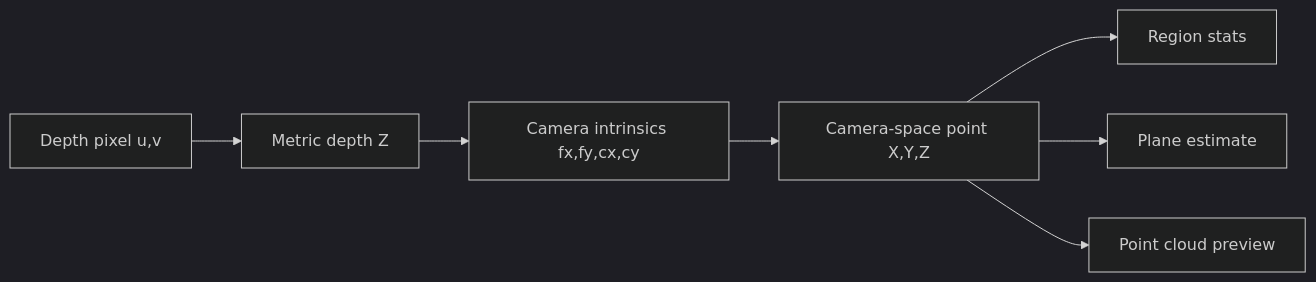
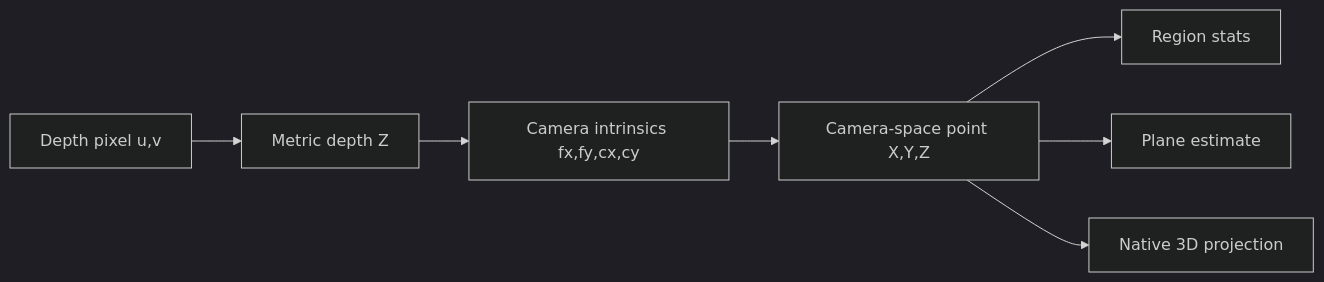
Before and after one commit to TAP-NAP/TAPCamDemo: the third of 3 diagrams in TAPCamDemo/DepthAnalysis/README.md, drawn with Mermaid (dark theme). The commit also changed other lines of this file and 21 other files, not shown here.

Commit message:
Refactor capture flow and validation logic

````diff
--- a/TAPCamDemo/DepthAnalysis/README.md
+++ b/TAPCamDemo/DepthAnalysis/README.md
@@ -459,9 +482,9 @@
 ```mermaid
 flowchart LR
     Pixel["Depth pixel u,v"] --> Z["Metric depth Z"]
     Z --> Intrinsics["Camera intrinsics fx,fy,cx,cy"]
     Intrinsics --> Point["Camera-space point X,Y,Z"]
     Point --> Region["Region stats"]
     Point --> Plane["Plane estimate"]
-    Point --> Cloud["Point cloud preview"]
+    Point --> Projection["Native 3D projection"]
 ```
````
